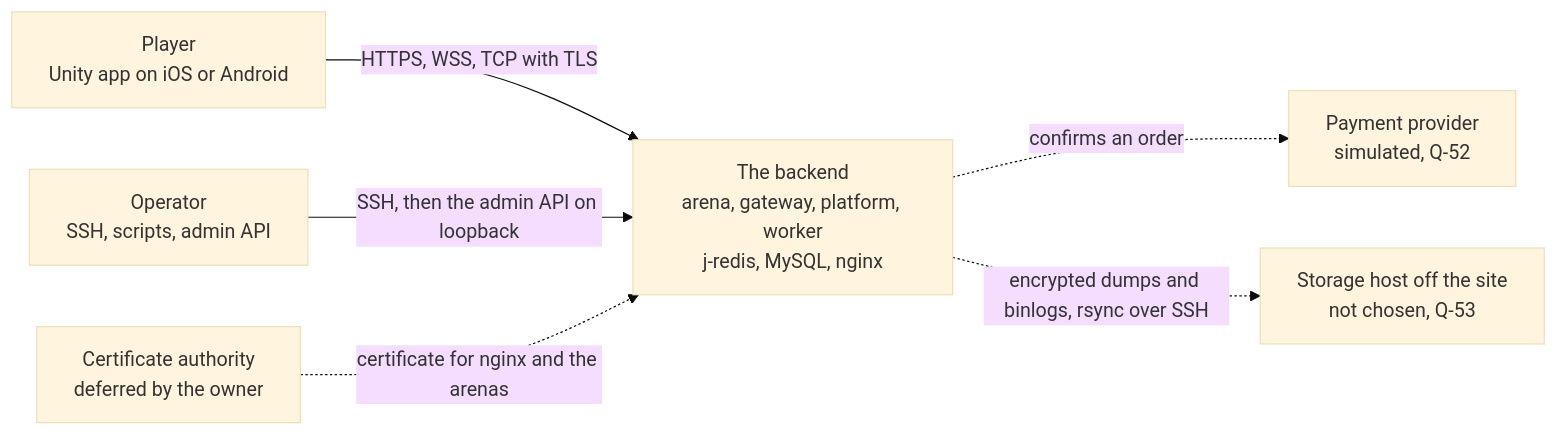
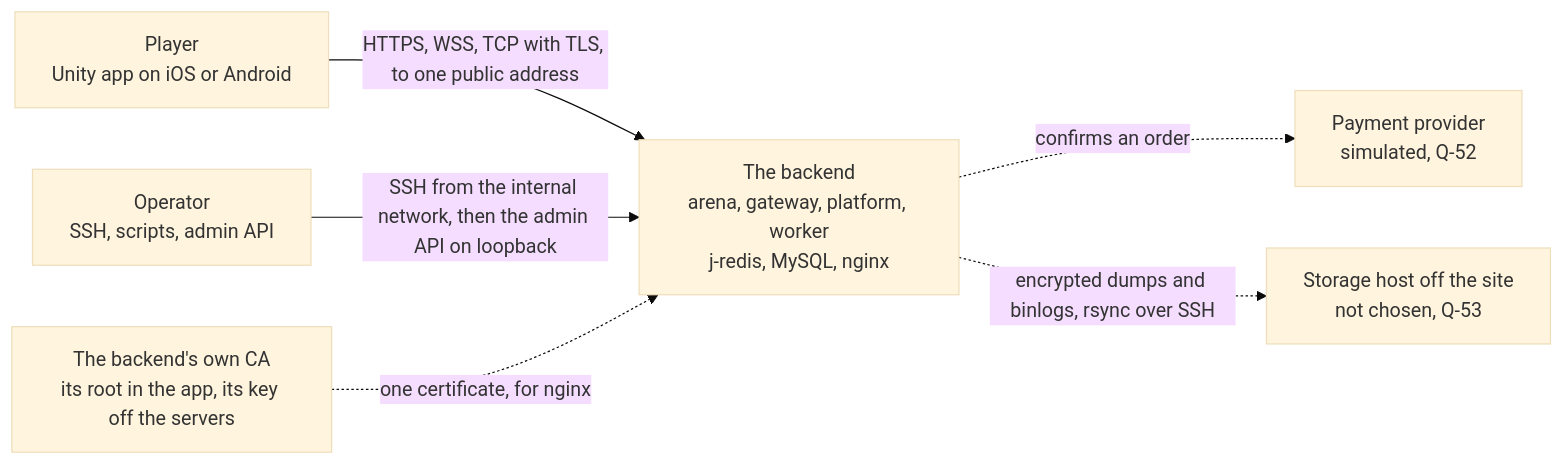
Before and after one commit to greensoft-atom/depio-simulation-platform: the first of 6 diagrams in docs/diagrams/01-system.md, drawn with Mermaid (base theme). The commit also changed other lines of this file and 48 other files, not shown here.

````diff
--- a/docs/diagrams/01-system.md
+++ b/docs/diagrams/01-system.md
@@ -19,14 +21,14 @@
 ```mermaid
 flowchart LR
     player["Player<br/>Unity app on iOS or Android"]
     operator["Operator<br/>SSH, scripts, admin API"]
     backend["The backend<br/>arena, gateway, platform, worker<br/>j-redis, MySQL, nginx"]
     provider["Payment provider<br/>simulated, Q-52"]
     offsite["Storage host off the site<br/>not chosen, Q-53"]
-    ca["Certificate authority<br/>deferred by the owner"]
-    player -->|"HTTPS, WSS, TCP with TLS"| backend
-    operator -->|"SSH, then the admin API on loopback"| backend
+    ca["The backend's own CA<br/>its root in the app, its key off the servers"]
+    player -->|"HTTPS, WSS, TCP with TLS, to one public address"| backend
+    operator -->|"SSH from the internal network, then the admin API on loopback"| backend
     backend -.->|"confirms an order"| provider
     backend -.->|"encrypted dumps and binlogs, rsync over SSH"| offsite
-    ca -.->|"certificate for nginx and the arenas"| backend
+    ca -.->|"one certificate, for nginx"| backend
 ```
````
